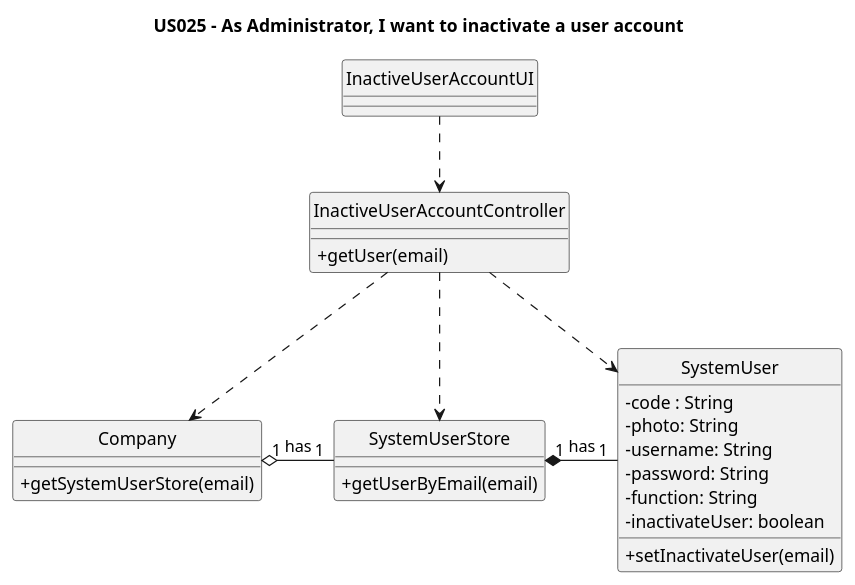
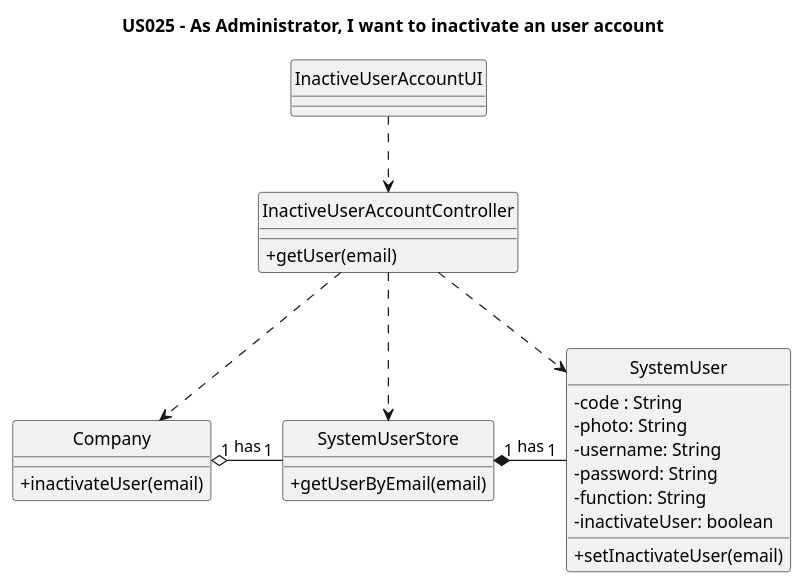
The diagram in docs/Sprint3/US025/US025-CD.puml (nunogon1211787/projectManagement), drawn with PlantUML before and after one commit. The commit also changed 5 other files, not shown here.

```diff
--- a/docs/Sprint3/US025/US025-CD.puml
+++ b/docs/Sprint3/US025/US025-CD.puml
@@ -1,44 +1,44 @@
 @startuml
 'https://plantuml.com/class-diagram
 
 hide circle
 skinparam classAttributeIconSize 0
 
-title US025 - As Administrator, I want to inactivate a user account
+title US025 - As Administrator, I want to inactivate an user account
 
 class InactiveUserAccountUI {
 
 }
 
 class InactiveUserAccountController {
     +getUser(email)
 }
 
 class Company {
-    +getSystemUserStore(email)
+    +inactivateUser(email)
 }
 
 class SystemUserStore {
 +getUserByEmail(email)
 }
 
 class SystemUser {
 -code : String
 -photo: String
 -username: String
 -password: String
 -function: String
 -inactivateUser: boolean
 
 +setInactivateUser(email)
 }
 
 InactiveUserAccountUI ..> InactiveUserAccountController
 InactiveUserAccountController ..> Company
 InactiveUserAccountController ..> SystemUserStore
 InactiveUserAccountController ..> SystemUser
 
 Company "1" o- "1" SystemUserStore: has
 SystemUserStore "1" *- "1" SystemUser: has
 
 @enduml
```
